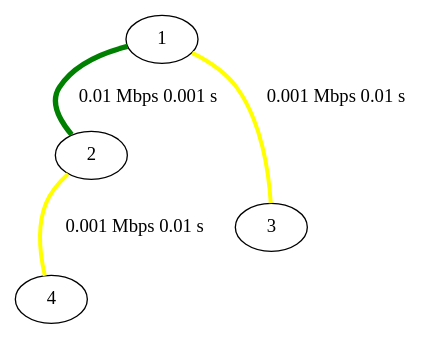
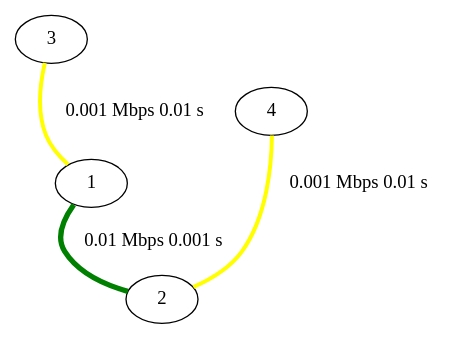
The diagram in network.gv (nonononoka/ntSimulator), drawn with Graphviz before and after one commit. The commit also changed other lines of this file and 4 other files, not shown here.

```diff
--- a/network.gv
+++ b/network.gv
@@ -1,30 +1,30 @@
 strict graph {
 
-
-	"1" [  weight=0 ];
-
-	"1" -- "2" [ color="green", label="0.01 Mbps 0.001 s
-", penwidth="4.00",  weight=0 ];
-
-	"1" -- "3" [ color="yellow", label="0.001 Mbps 0.01 s
-", penwidth="3.00",  weight=0 ];
-
-	"2" [  weight=0 ];
-
-	"2" -- "1" [ color="green", label="0.01 Mbps 0.001 s
-", penwidth="4.00",  weight=0 ];
-
-	"2" -- "4" [ color="yellow", label="0.001 Mbps 0.01 s
-", penwidth="3.00",  weight=0 ];
 
 	"3" [  weight=0 ];
 
 	"3" -- "1" [ color="yellow", label="0.001 Mbps 0.01 s
 ", penwidth="3.00",  weight=0 ];
 
 	"4" [  weight=0 ];
 
 	"4" -- "2" [ color="yellow", label="0.001 Mbps 0.01 s
 ", penwidth="3.00",  weight=0 ];
 
+	"1" [  weight=0 ];
+
+	"1" -- "3" [ color="yellow", label="0.001 Mbps 0.01 s
+", penwidth="3.00",  weight=0 ];
+
+	"1" -- "2" [ color="green", label="0.01 Mbps 0.001 s
+", penwidth="4.00",  weight=0 ];
+
+	"2" [  weight=0 ];
+
+	"2" -- "1" [ color="green", label="0.01 Mbps 0.001 s
+", penwidth="4.00",  weight=0 ];
+
+	"2" -- "4" [ color="yellow", label="0.001 Mbps 0.01 s
+", penwidth="3.00",  weight=0 ];
+
 }
```
